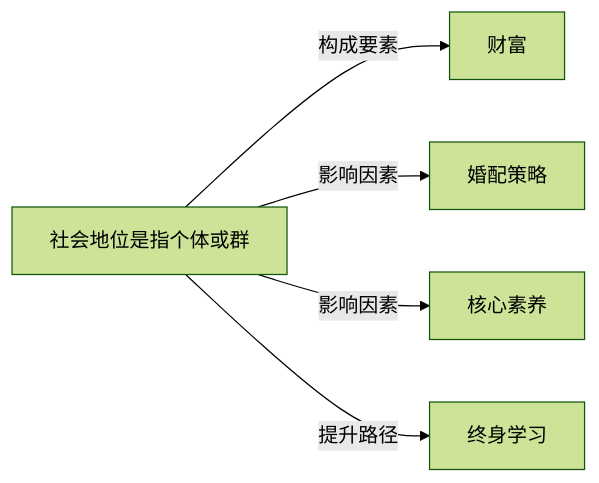
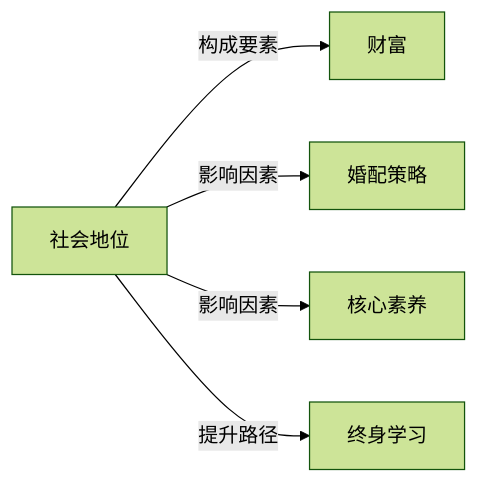
One commit to KIMMCHOW/MyKnowledge changed the diagram in Knowledge/Concepts/社会学/社会地位.md. Above: the diagram before and after it, drawn with Mermaid (forest theme). The commit also changed 96 other files, not shown here.

Commit message:
fix: 修复概念页关系图节点并补齐缺失关联

````diff
--- a/Knowledge/Concepts/社会学/社会地位.md
+++ b/Knowledge/Concepts/社会学/社会地位.md
@@ -42,7 +42,7 @@
 ```mermaid
 graph LR
-    社会地位是指个体或群 -->|构成要素| 财富
-    社会地位是指个体或群 -->|影响因素| 婚配策略
-    社会地位是指个体或群 -->|影响因素| 核心素养
-    社会地位是指个体或群 -->|提升路径| 终身学习
+社会地位 -->|构成要素| 财富
+社会地位 -->|影响因素| 婚配策略
+社会地位 -->|影响因素| 核心素养
+社会地位 -->|提升路径| 终身学习
 ```
````
